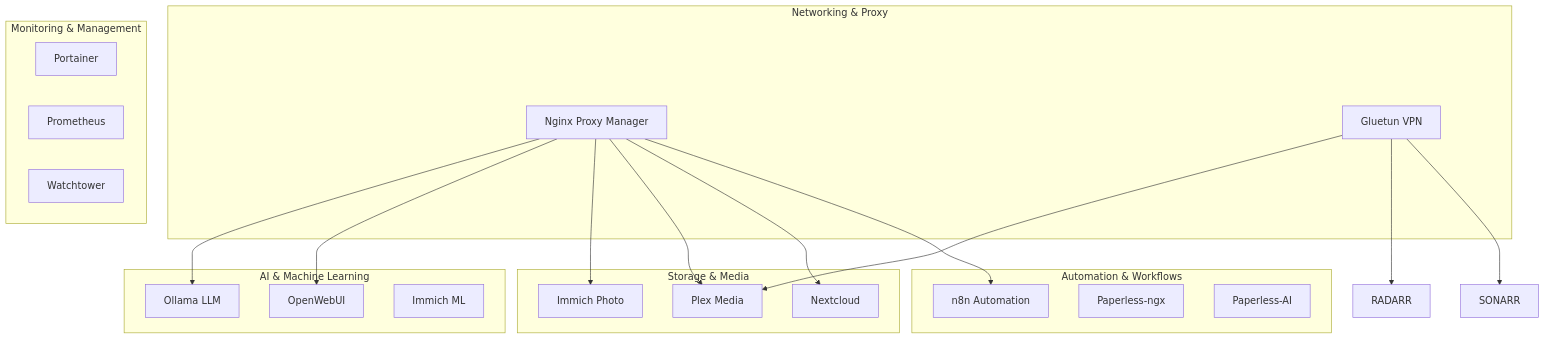
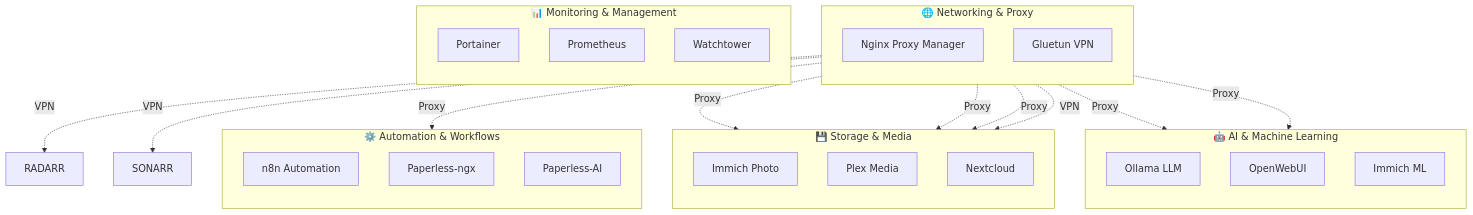
The first of 2 diagrams in README.md (psimaker/homelab), drawn with Mermaid before and after one commit. The commit also changed other lines of this file, not shown here.

````diff
--- a/README.md
+++ b/README.md
@@ -11,42 +11,55 @@
 ```mermaid
+%% ------------- Global Style -------------
+%% ---------- Main Architecture ----------
 graph TB
-    subgraph "Networking & Proxy"
+    %% ===========  Networks  ===========
+    subgraph NET["🌐 Networking & Proxy"]
+        direction TB
         NPM[Nginx Proxy Manager]
         GLUE[Gluetun VPN]
     end
 
-    subgraph "AI & Machine Learning"
+    %% ===========  AI / ML  ===========
+    subgraph AI["🤖 AI & Machine Learning"]
+        direction TB
         OLLAMA[Ollama LLM]
         OPENWEBUI[OpenWebUI]
         IMMICH_ML[Immich ML]
     end
 
-    subgraph "Storage & Media"
+    %% ===========  Storage  ===========
+    subgraph STO["💾 Storage & Media"]
+        direction TB
         IMMICH[Immich Photo]
         PLEX[Plex Media]
         NEXTCLOUD[Nextcloud]
     end
 
-    subgraph "Automation & Workflows"
+    %% ===========  Automation  ===========
+    subgraph AUT["⚙️ Automation & Workflows"]
+        direction TB
         N8N[n8n Automation]
         PAPERLESS[Paperless-ngx]
         PAPERLESS_AI[Paperless-AI]
     end
 
-    subgraph "Monitoring & Management"
+    %% ===========  Monitoring  ===========
+    subgraph MON["📊 Monitoring & Management"]
+        direction TB
         PORTAINER[Portainer]
         PROMETHEUS[Prometheus]
         WATCHTOWER[Watchtower]
     end
 
-    NPM --> OLLAMA
-    NPM --> OPENWEBUI
-    NPM --> IMMICH
-    NPM --> PLEX
-    NPM --> NEXTCLOUD
-    NPM --> N8N
-    
-    GLUE --> PLEX
-    GLUE --> RADARR
-    GLUE --> SONARR
+    %% ===========  Links  ===========
+    NPM -.->|"Proxy"| OLLAMA
+    NPM -.->|"Proxy"| OPENWEBUI
+    NPM -.->|"Proxy"| IMMICH
+    NPM -.->|"Proxy"| PLEX
+    NPM -.->|"Proxy"| NEXTCLOUD
+    NPM -.->|"Proxy"| N8N
+
+    GLUE -.->|"VPN"| PLEX
+    GLUE -.->|"VPN"| RADARR
+    GLUE -.->|"VPN"| SONARR
 ```
````
